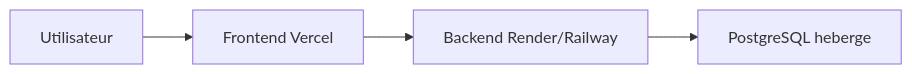
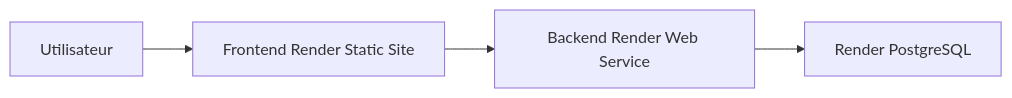
The diagram in docs/deployment.md (Seypherr/FilRougeAbonnement), drawn with Mermaid before and after one commit. The commit also changed other lines of this file and 20 other files, not shown here.

````diff
--- a/docs/deployment.md
+++ b/docs/deployment.md
@@ -15,6 +17,6 @@
 ```mermaid
 flowchart LR
-  User["Utilisateur"] --> Vercel["Frontend Vercel"]
-  Vercel --> Api["Backend Render/Railway"]
-  Api --> Db["PostgreSQL heberge"]
+  User["Utilisateur"] --> Frontend["Frontend Render Static Site"]
+  Frontend --> Api["Backend Render Web Service"]
+  Api --> Db["Render PostgreSQL"]
 ```
````
